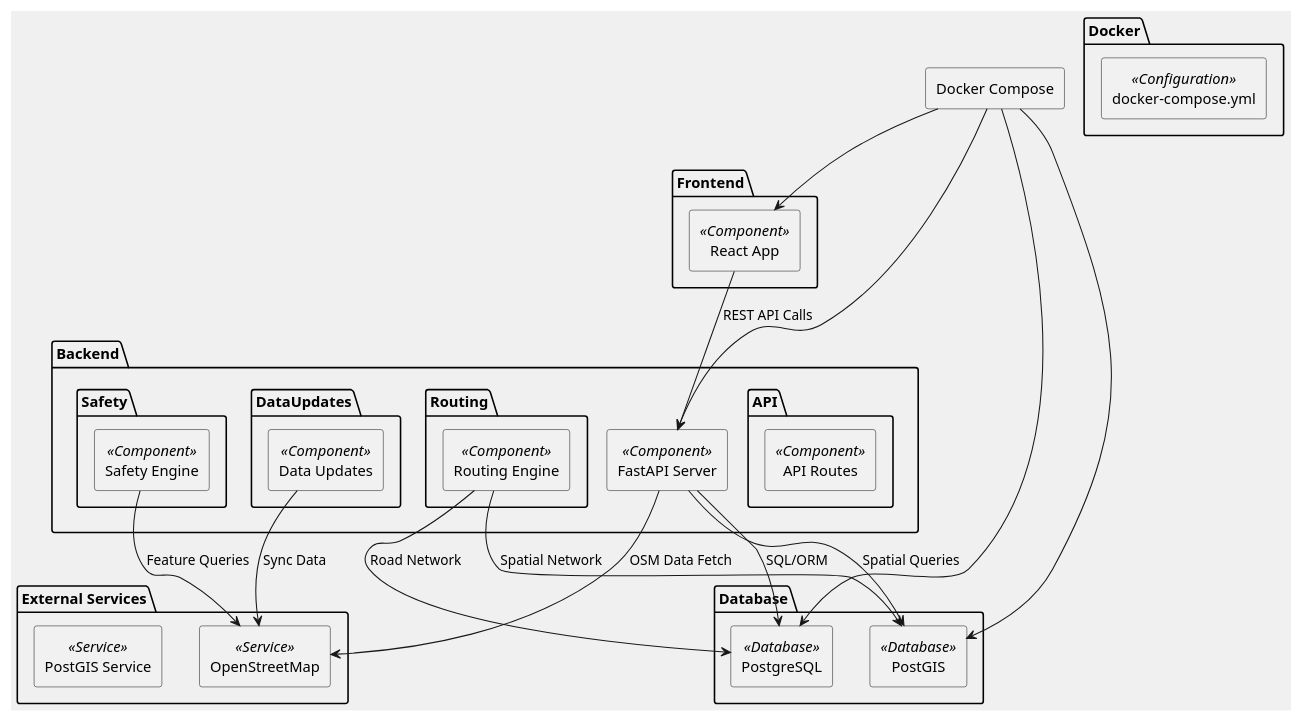
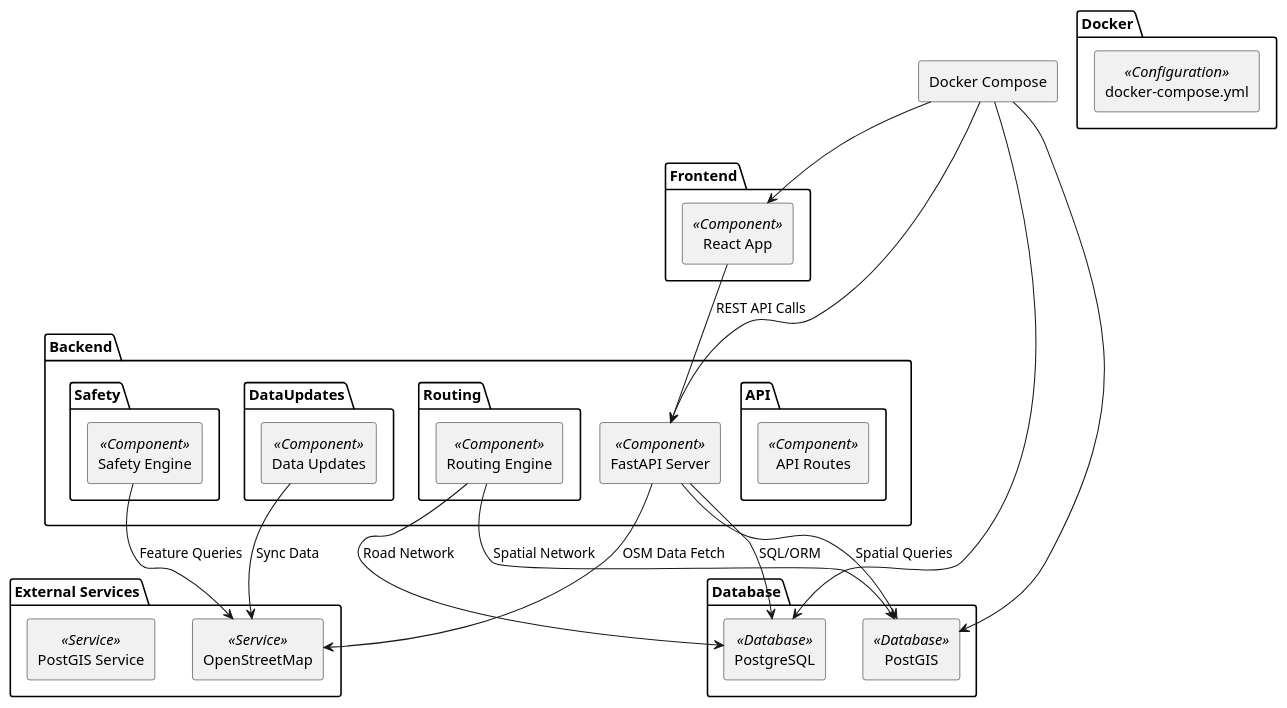
One commit to AnanyaRana2312/NaviX changed the diagram in architecture.puml. Above: the diagram before and after it, drawn with PlantUML.

Commit message:
removed skinparam backgroundColor #F0F0F0

```diff
--- a/architecture.puml
+++ b/architecture.puml
@@ -1,53 +1,52 @@
 @startuml
-skinparam backgroundColor #F0F0F0
 skinparam componentStyle rectangle
 
 ' Define components
 package "Frontend" {
   [React App] <<Component>>
 }
 
 package "Backend" {
   [FastAPI Server] <<Component>>
   package "API" {
     [API Routes] <<Component>>
   }
   package "Safety" {
     [Safety Engine] <<Component>>
   }
   package "Routing" {
     [Routing Engine] <<Component>>
   }
   package "DataUpdates" {
     [Data Updates] <<Component>>
   }
 }
 
 package "Database" {
   [PostgreSQL] <<Database>>
   [PostGIS] <<Database>>
 }
 
 package "Docker" {
   [docker-compose.yml] <<Configuration>>
 }
 
 package "External Services" {
   [OpenStreetMap] <<Service>>
   [PostGIS Service] <<Service>>
 }
 
 ' Relationships
 [React App] --> [FastAPI Server] : REST API Calls
 [FastAPI Server] --> [PostgreSQL] : SQL/ORM
 [FastAPI Server] --> [PostGIS] : Spatial Queries
 [FastAPI Server] --> [OpenStreetMap] : OSM Data Fetch
 [Safety Engine] --> [OpenStreetMap] : Feature Queries
 [Routing Engine] --> [PostgreSQL] : Road Network
 [Routing Engine] --> [PostGIS] : Spatial Network
 [Data Updates] --> [OpenStreetMap] : Sync Data
 [Docker Compose] --> [React App]
 [Docker Compose] --> [FastAPI Server]
 [Docker Compose] --> [PostgreSQL]
 [Docker Compose] --> [PostGIS]
 @enduml
```
